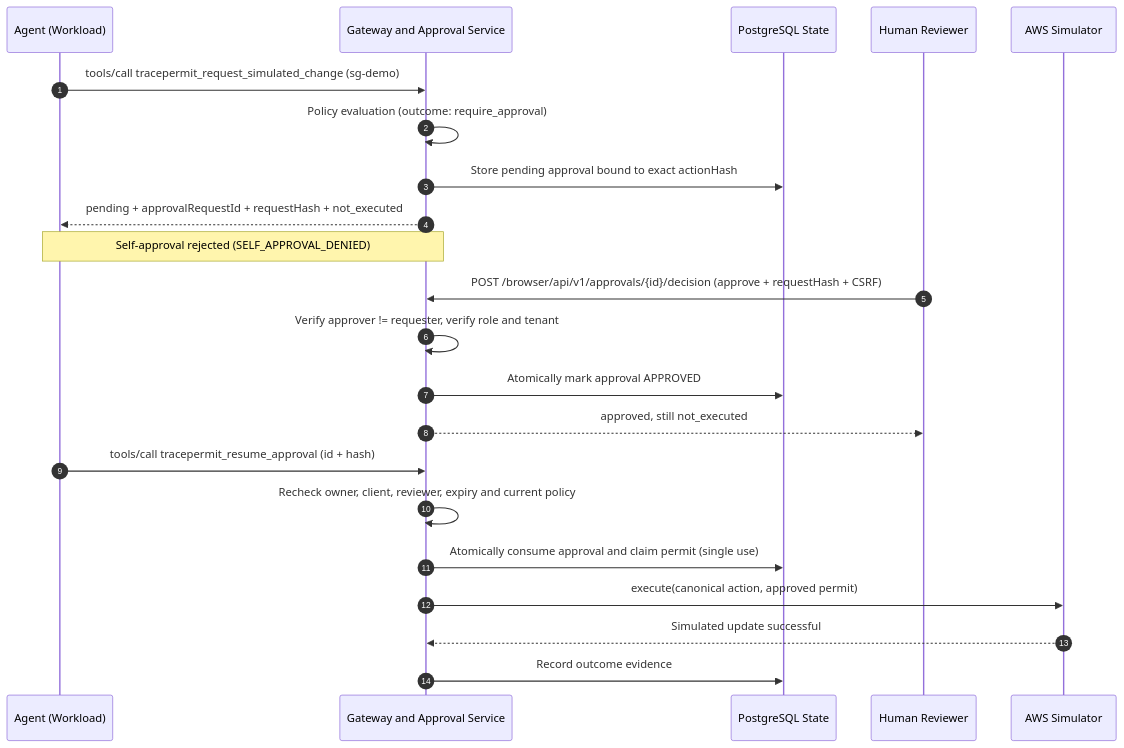
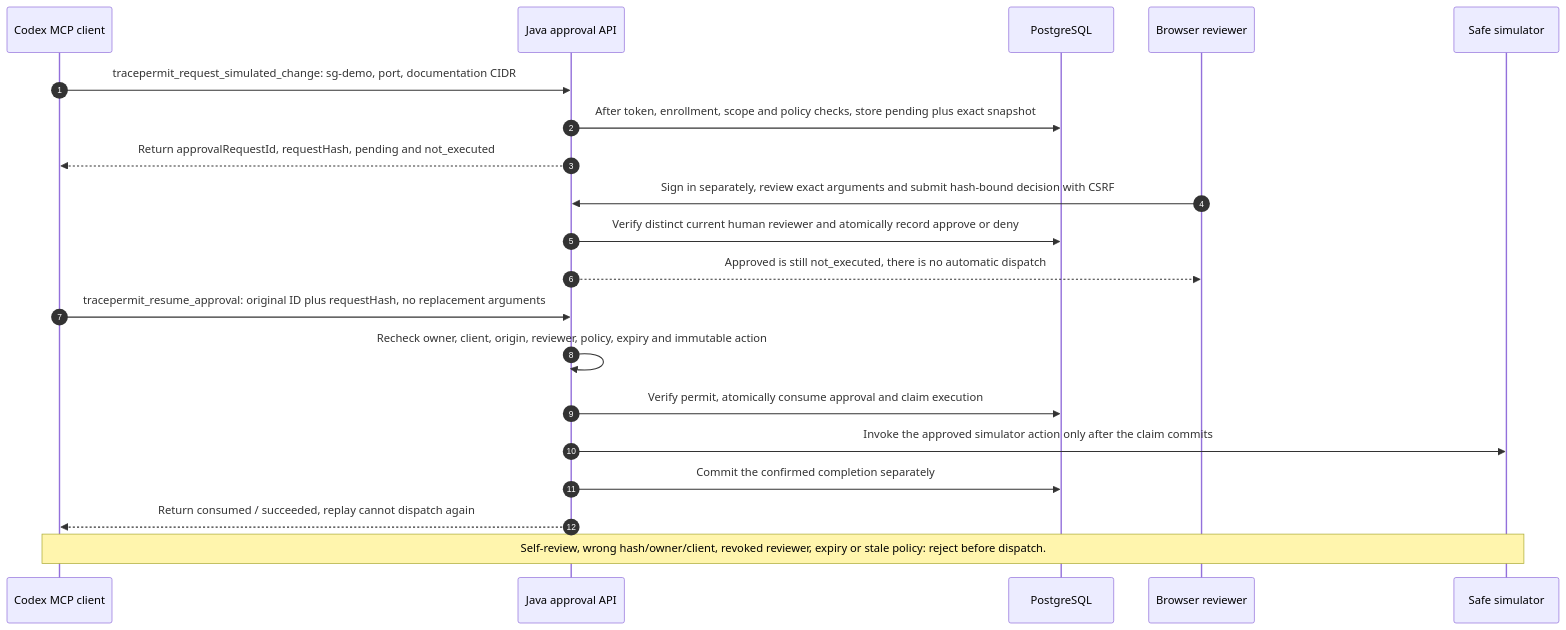
One commit to hemantkgupta/tracepermit changed the fourth of 10 diagrams in site/guide/core-flows.md. Above: the diagram before and after it, drawn with Mermaid. The commit also changed other lines of this file and 25 other files, not shown here.

Commit message:
docs: align nine action flows with verified runtime boundaries

````diff
--- a/site/guide/core-flows.md
+++ b/site/guide/core-flows.md
@@ -263,27 +218,22 @@
 ```mermaid
 sequenceDiagram
   autonumber
-  participant Agent as Agent (Workload)
-  participant Gateway as Gateway and Approval Service
-  participant DB as PostgreSQL State
-  participant Approver as Human Reviewer
-  participant Simulator as AWS Simulator
-
-  Agent->>Gateway: tools/call tracepermit_request_simulated_change (sg-demo)
-  Gateway->>Gateway: Policy evaluation (outcome: require_approval)
-  Gateway->>DB: Store pending approval bound to exact actionHash
-  Gateway-->>Agent: pending + approvalRequestId + requestHash + not_executed
-
-  Note over Agent,Gateway: Self-approval rejected (SELF_APPROVAL_DENIED)
-
-  Approver->>Gateway: POST /browser/api/v1/approvals/{id}/decision (approve + requestHash + CSRF)
-  Gateway->>Gateway: Verify approver != requester, verify role and tenant
-  Gateway->>DB: Atomically mark approval APPROVED
-  Gateway-->>Approver: approved, still not_executed
-  Agent->>Gateway: tools/call tracepermit_resume_approval (id + hash)
-  Gateway->>Gateway: Recheck owner, client, reviewer, expiry and current policy
-  Gateway->>DB: Atomically consume approval and claim permit (single use)
-  Gateway->>Simulator: execute(canonical action, approved permit)
-  Simulator-->>Gateway: Simulated update successful
-  Gateway->>DB: Record outcome evidence
+  participant C as Codex MCP client
+  participant G as Java approval API
+  participant D as PostgreSQL
+  participant R as Browser reviewer
+  participant S as Safe simulator
+  C->>G: tracepermit_request_simulated_change: sg-demo, port, documentation CIDR
+  G->>D: After token, enrollment, scope and policy checks, store pending plus exact snapshot
+  G-->>C: Return approvalRequestId, requestHash, pending and not_executed
+  R->>G: Sign in separately, review exact arguments and submit hash-bound decision with CSRF
+  G->>D: Verify distinct current human reviewer and atomically record approve or deny
+  G-->>R: Approved is still not_executed, there is no automatic dispatch
+  C->>G: tracepermit_resume_approval: original ID plus requestHash, no replacement arguments
+  G->>G: Recheck owner, client, origin, reviewer, policy, expiry and immutable action
+  G->>D: Verify permit, atomically consume approval and claim execution
+  G->>S: Invoke the approved simulator action only after the claim commits
+  G->>D: Commit the confirmed completion separately
+  G-->>C: Return consumed / succeeded, replay cannot dispatch again
+  Note over C,S: Self-review, wrong hash/owner/client, revoked reviewer, expiry or stale policy: reject before dispatch.
 ```
````
